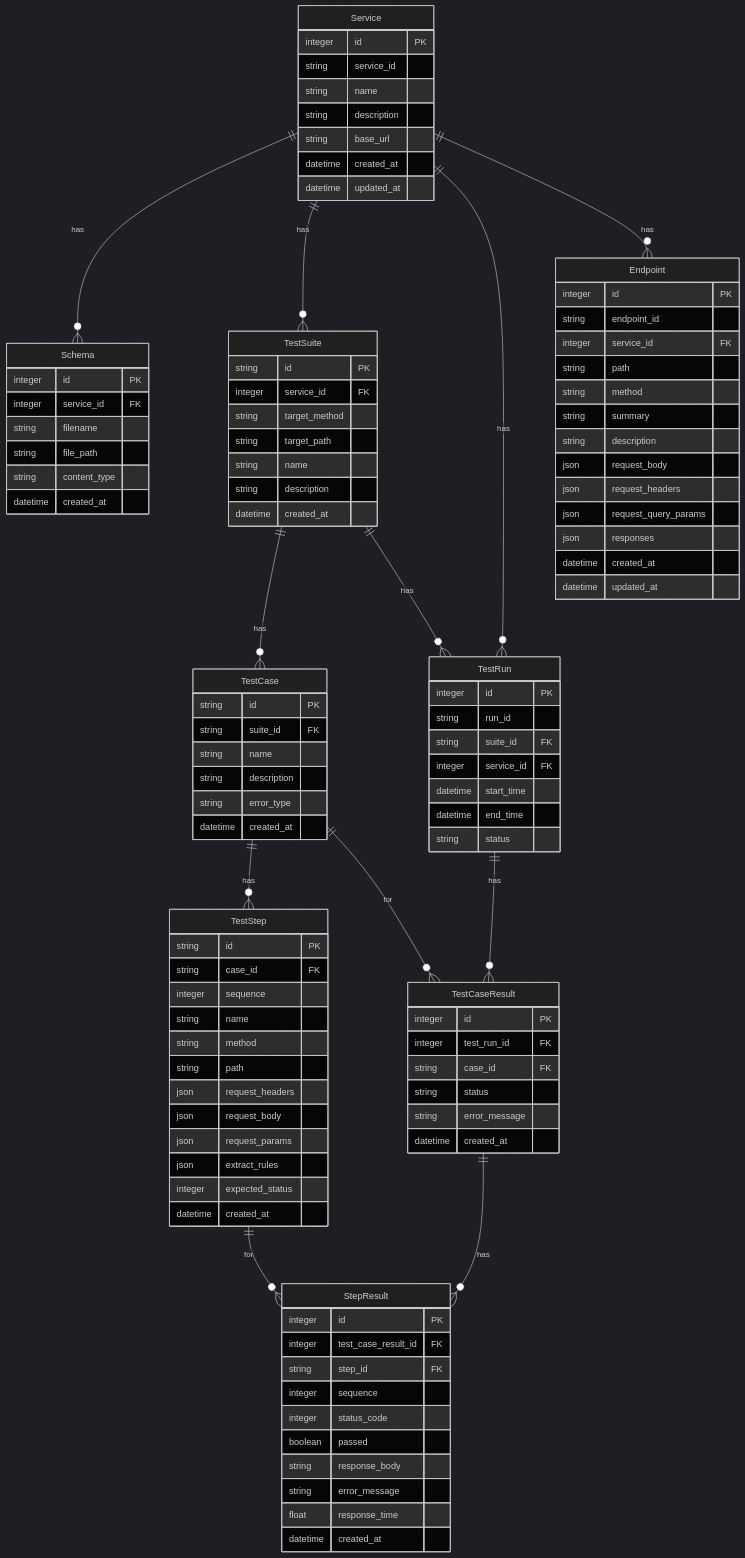
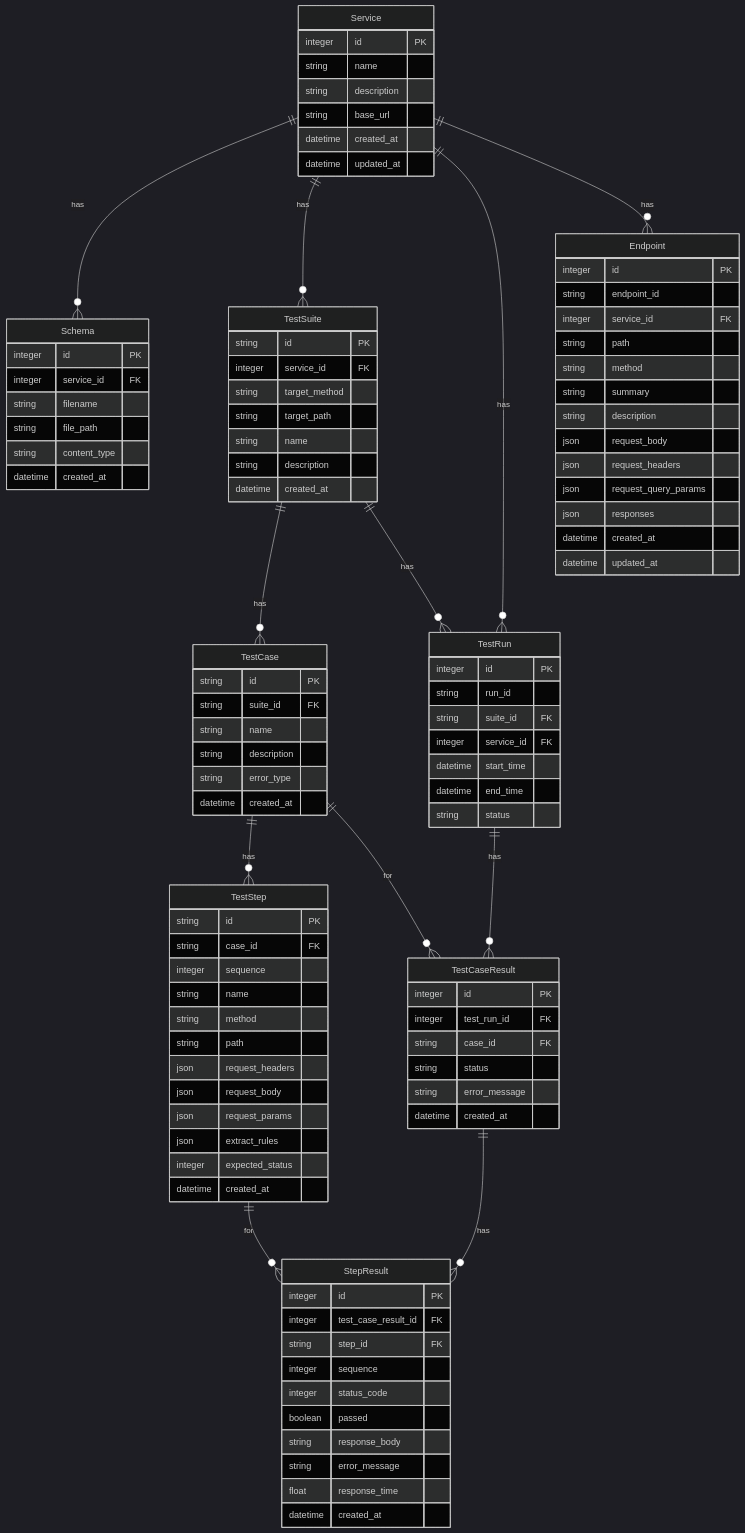
The fifth of 6 diagrams in ARCHITECTURE.md (Pirikara/caseforge), drawn with Mermaid (dark theme) before and after one commit.

```diff
--- a/ARCHITECTURE.md
+++ b/ARCHITECTURE.md
@@ -372,7 +372,6 @@
 erDiagram
   Service {
     integer id PK
-    string service_id
     string name
     string description
     string base_url
```
